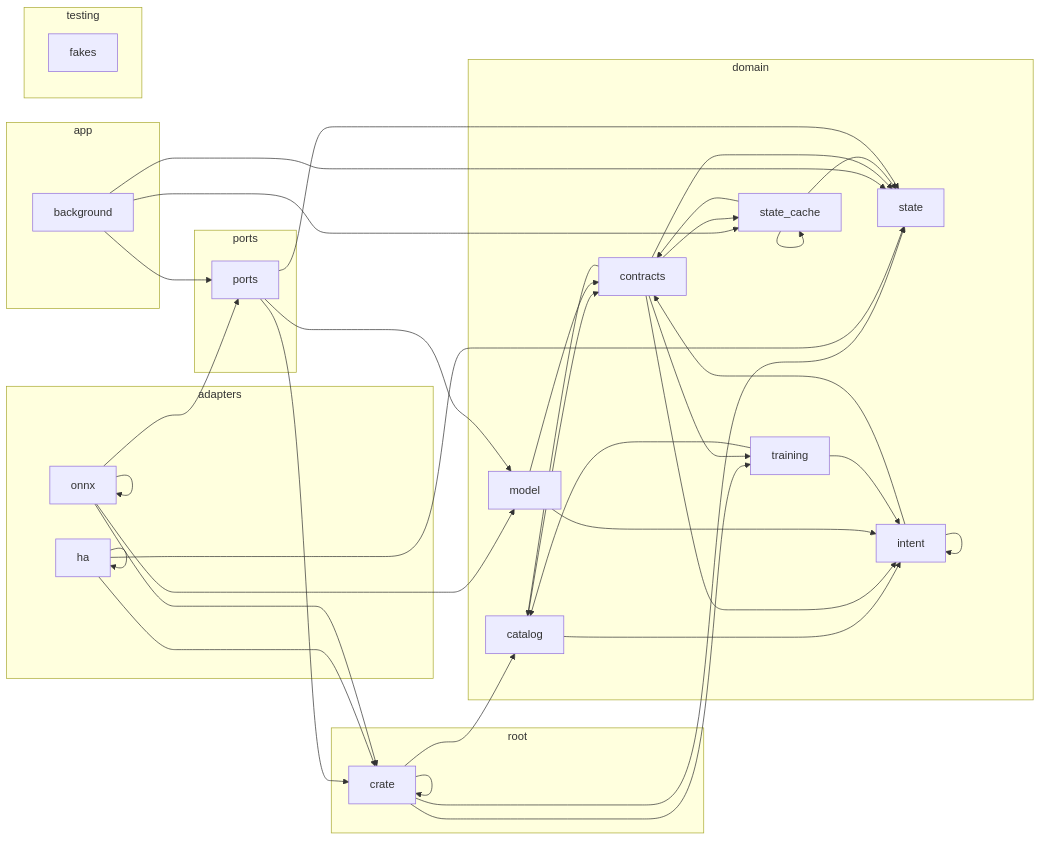
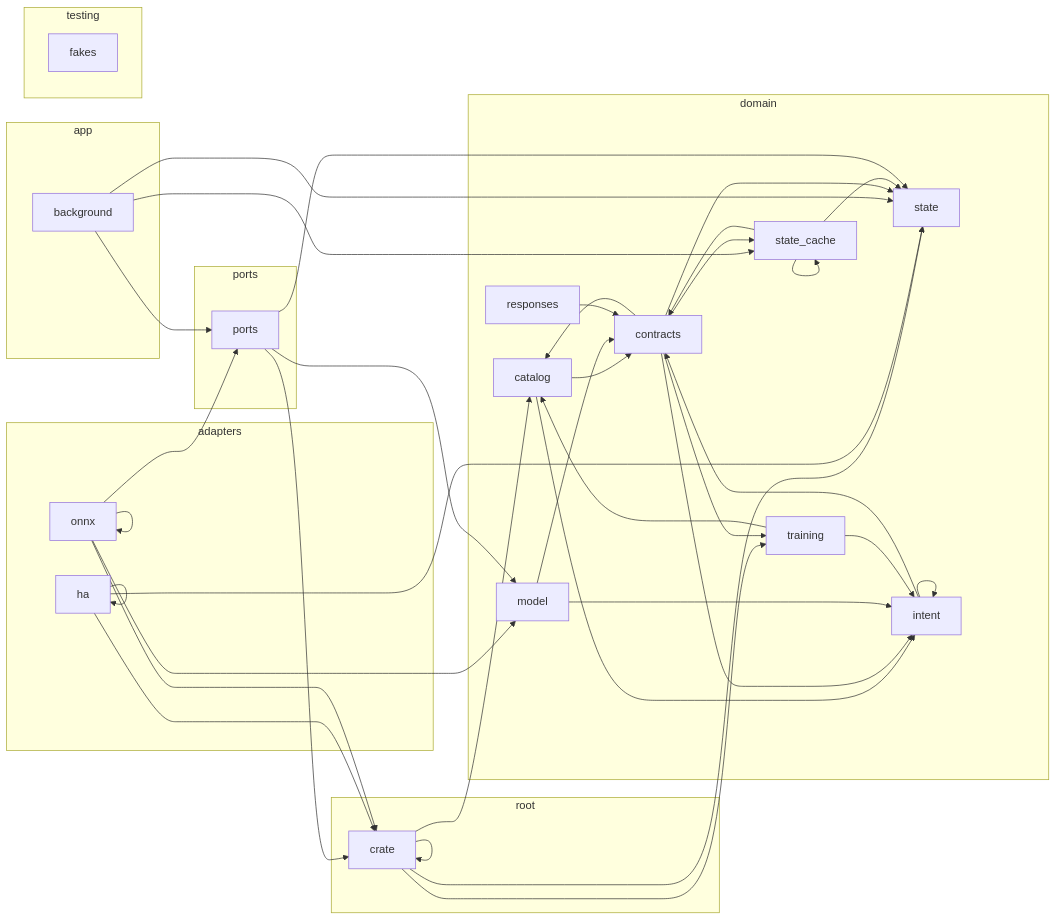
Before and after one commit to louislang/ha-jarvis: the diagram in docs/architecture.md, drawn with Mermaid. The commit also changed 4 other files, not shown here.

````diff
--- a/docs/architecture.md
+++ b/docs/architecture.md
@@ -5,61 +5,63 @@
 ```mermaid
 flowchart LR
     subgraph adapters
         crate_adapters_ha[ha]
         crate_adapters_onnx[onnx]
     end
     subgraph app
         crate_app_background[background]
     end
     subgraph domain
         crate_domain_catalog[catalog]
         crate_domain_contracts[contracts]
         crate_domain_intent[intent]
         crate_domain_model[model]
+        crate_domain_responses[responses]
         crate_domain_state[state]
         crate_domain_state_cache[state_cache]
         crate_domain_training[training]
     end
     subgraph ports
         crate_ports[ports]
     end
     subgraph root
         crate[crate]
     end
     subgraph testing
         crate_testing_fakes[fakes]
     end
     crate --> crate
     crate --> crate_domain_catalog
     crate --> crate_domain_state
     crate --> crate_domain_training
     crate_adapters_ha --> crate
     crate_adapters_ha --> crate_adapters_ha
     crate_adapters_ha --> crate_domain_state
     crate_adapters_onnx --> crate
     crate_adapters_onnx --> crate_adapters_onnx
     crate_adapters_onnx --> crate_domain_model
     crate_adapters_onnx --> crate_ports
     crate_app_background --> crate_domain_state
     crate_app_background --> crate_domain_state_cache
     crate_app_background --> crate_ports
     crate_domain_catalog --> crate_domain_contracts
     crate_domain_catalog --> crate_domain_intent
     crate_domain_contracts --> crate_domain_catalog
     crate_domain_contracts --> crate_domain_intent
     crate_domain_contracts --> crate_domain_state
     crate_domain_contracts --> crate_domain_state_cache
     crate_domain_contracts --> crate_domain_training
     crate_domain_intent --> crate_domain_contracts
     crate_domain_intent --> crate_domain_intent
     crate_domain_model --> crate_domain_contracts
     crate_domain_model --> crate_domain_intent
+    crate_domain_responses --> crate_domain_contracts
     crate_domain_state_cache --> crate_domain_contracts
     crate_domain_state_cache --> crate_domain_state
     crate_domain_state_cache --> crate_domain_state_cache
     crate_domain_training --> crate_domain_catalog
     crate_domain_training --> crate_domain_intent
     crate_ports --> crate
     crate_ports --> crate_domain_model
     crate_ports --> crate_domain_state
 ```
````
